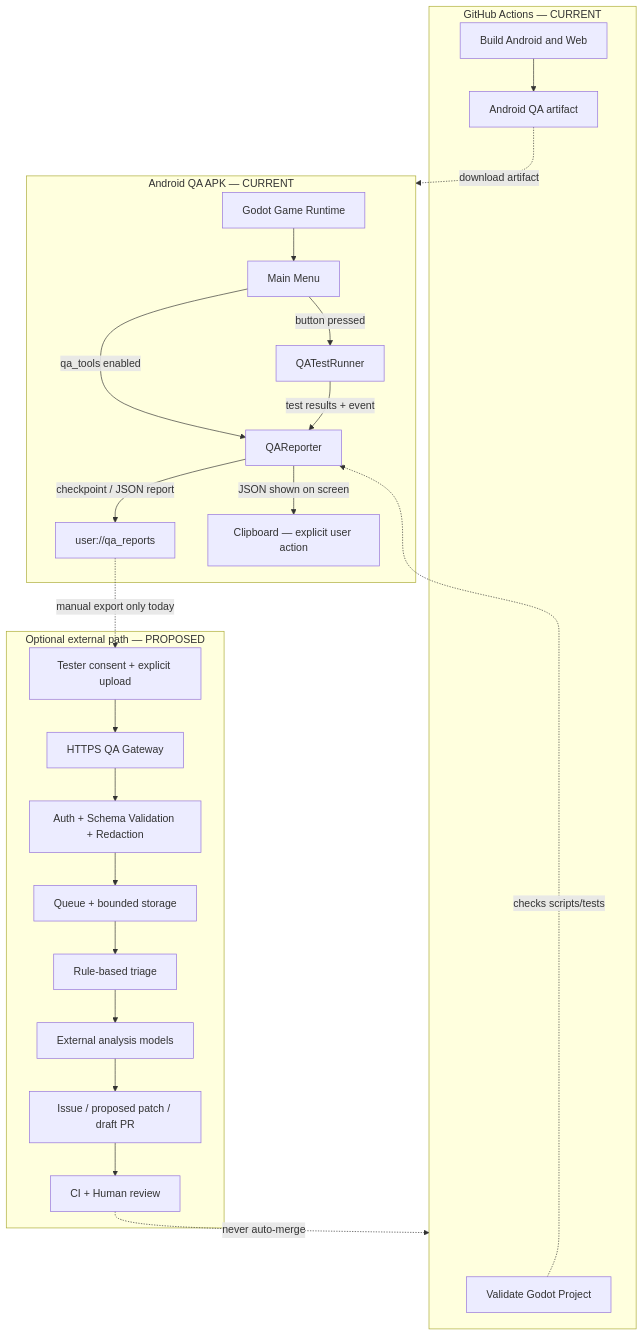
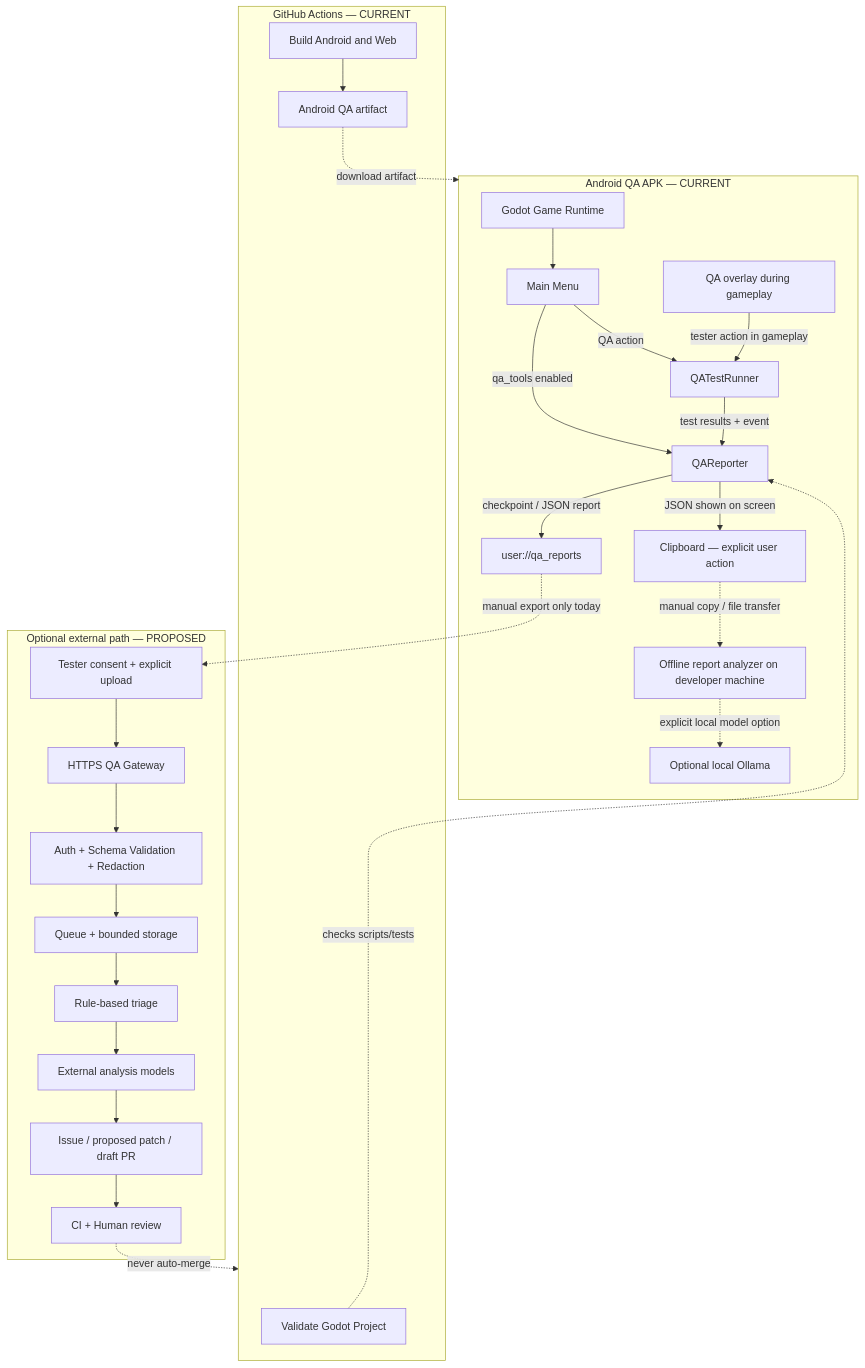
One commit to areagleegy/AshenKingdoms changed the first of 12 diagrams in docs/QA_APK_DIAGRAMS_AR.md. Above: the diagram before and after it, drawn with Mermaid.

Commit message:
docs: diagram persistent QA overlay and local analyzer

````diff
--- a/docs/QA_APK_DIAGRAMS_AR.md
+++ b/docs/QA_APK_DIAGRAMS_AR.md
@@ -39,42 +39,48 @@
 ```mermaid
 flowchart TB
   subgraph APK["Android QA APK — CURRENT"]
     GAME["Godot Game Runtime"]
     MENU["Main Menu"]
     REPORTER["QAReporter"]
     RUNNER["QATestRunner"]
+    OVERLAY["QA overlay during gameplay"]
     LOCAL["user://qa_reports"]
     CLIP["Clipboard — explicit user action"]
+    ANALYZER["Offline report analyzer on developer machine"]
+    OLLAMA["Optional local Ollama"]
     GAME --> MENU
     MENU -->|"qa_tools enabled"| REPORTER
-    MENU -->|"button pressed"| RUNNER
+    MENU -->|"QA action"| RUNNER
+    OVERLAY -->|"tester action in gameplay"| RUNNER
     RUNNER -->|"test results + event"| REPORTER
     REPORTER -->|"checkpoint / JSON report"| LOCAL
     REPORTER -->|"JSON shown on screen"| CLIP
+    CLIP -.->|"manual copy / file transfer"| ANALYZER
+    ANALYZER -.->|"explicit local model option"| OLLAMA
   end
 
   subgraph CI["GitHub Actions — CURRENT"]
     VALIDATE["Validate Godot Project"]
     BUILD["Build Android and Web"]
     QAAPK["Android QA artifact"]
     BUILD --> QAAPK
     VALIDATE -.->|"checks scripts/tests"| REPORTER
   end
 
   subgraph FUTURE["Optional external path — PROPOSED"]
     CONSENT["Tester consent + explicit upload"]
     GATEWAY["HTTPS QA Gateway"]
     VALID["Auth + Schema Validation + Redaction"]
     QUEUE["Queue + bounded storage"]
     RULES["Rule-based triage"]
     AI["External analysis models"]
     ISSUE["Issue / proposed patch / draft PR"]
     REVIEW["CI + Human review"]
     CONSENT --> GATEWAY --> VALID --> QUEUE --> RULES
     RULES --> AI --> ISSUE --> REVIEW
   end
 
   LOCAL -.->|"manual export only today"| CONSENT
   QAAPK -.->|"download artifact"| APK
   REVIEW -.->|"never auto-merge"| CI
 ```
````
